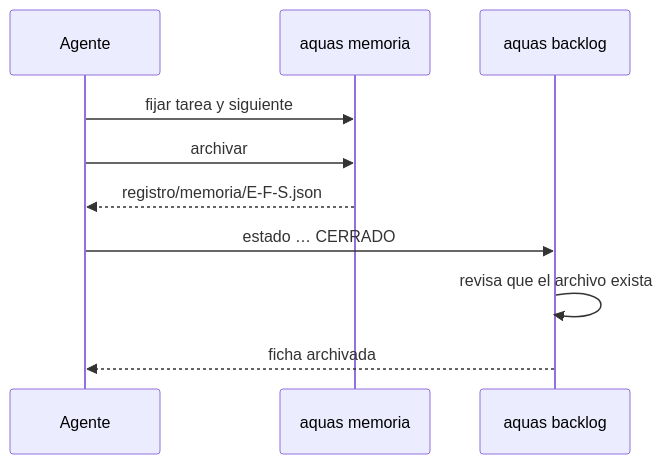
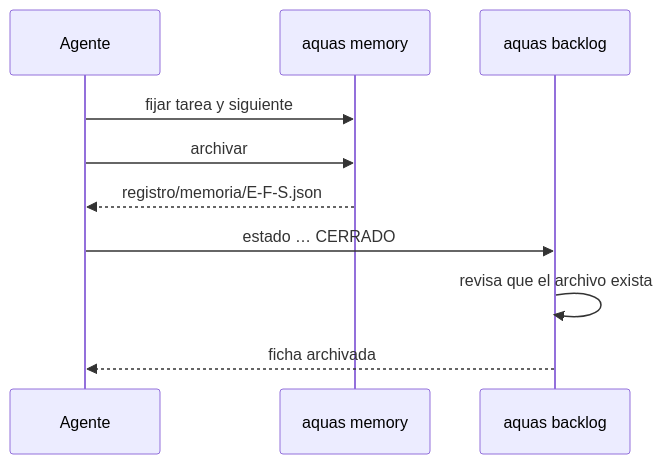
Before and after one commit to jliberal-aquas/aquas-central-harness-government: the first of 3 diagrams in docs/E001/F002/S009.md, drawn with Mermaid. The commit also changed other lines of this file and 184 other files, not shown here.

````diff
--- a/docs/E001/F002/S009.md
+++ b/docs/E001/F002/S009.md
@@ -45,12 +45,12 @@
 ```mermaid
 sequenceDiagram
     participant A as Agente
-    participant M as aquas memoria
+    participant M as aquas memory
     participant B as aquas backlog
     A->>M: fijar tarea y siguiente
     A->>M: archivar
     M-->>A: registro/memoria/E-F-S.json
     A->>B: estado … CERRADO
     B->>B: revisa que el archivo exista
     B-->>A: ficha archivada
 ```
````
